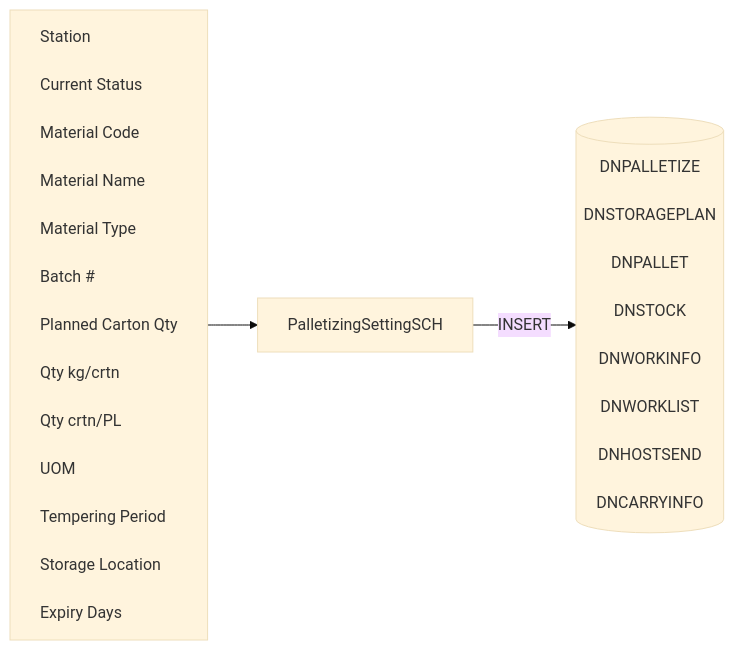
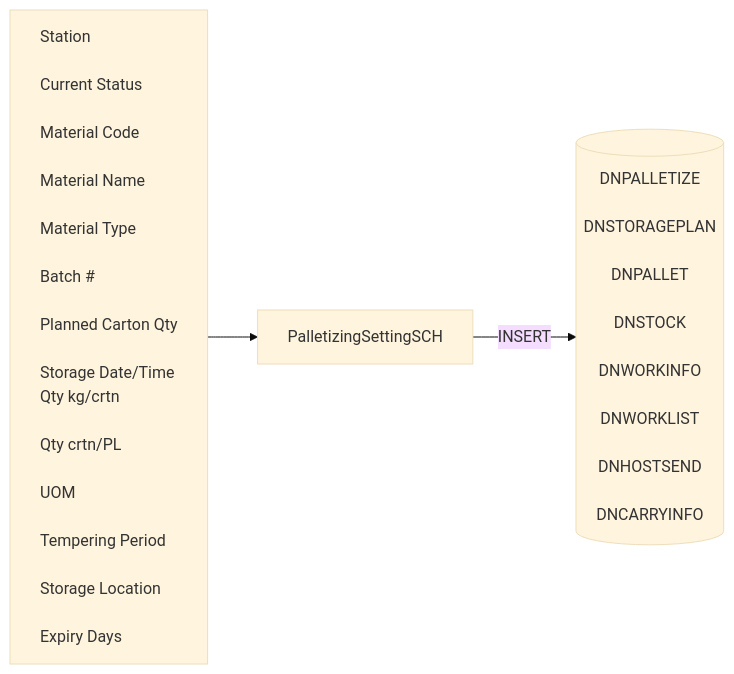
The first of 7 diagrams in Basic-Design/DFD-WMS/Storage/Palletizing-Settting/Palletize-Start.md (luthfiadityaa/SimeDarby-Wiki), drawn with Mermaid (base theme) before and after one commit.

Commit message:
Updated Palletize Start

```diff
--- a/Basic-Design/DFD-WMS/Storage/Palletizing-Settting/Palletize-Start.md
+++ b/Basic-Design/DFD-WMS/Storage/Palletizing-Settting/Palletize-Start.md
@@ -23,36 +23,37 @@
 ::: mermaid
 flowchart LR
     input[
         Station<br>
         Current Status<br>
         Material Code<br>
         Material Name<br>
         Material Type<br>
         Batch #<br>
         Planned Carton Qty<br>
+        Storage Date/Time
         Qty kg/crtn<br>
         Qty crtn/PL<br>
         UOM<br>
         Tempering Period<br>
         Storage Location<br>
         Expiry Days<br>
     ]
 
     tableList-insert[("
         DNPALLETIZE<br>
         DNSTORAGEPLAN<br>
         DNPALLET<br>
         DNSTOCK<br>
         DNWORKINFO<br>
         DNWORKLIST<br>
         DNHOSTSEND<br>
         DNCARRYINFO<br>
     ")]
 
     className[PalletizingSettingSCH]
 
     input --> className --> |INSERT| tableList-insert
 
     classDef leftAlign text-align:left;
     class input leftAlign;
 :::
```
